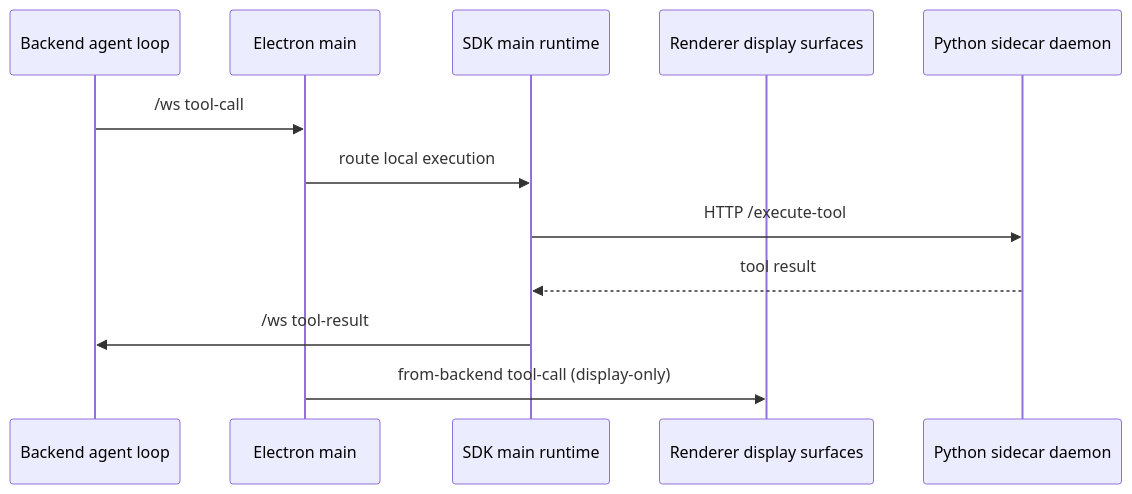
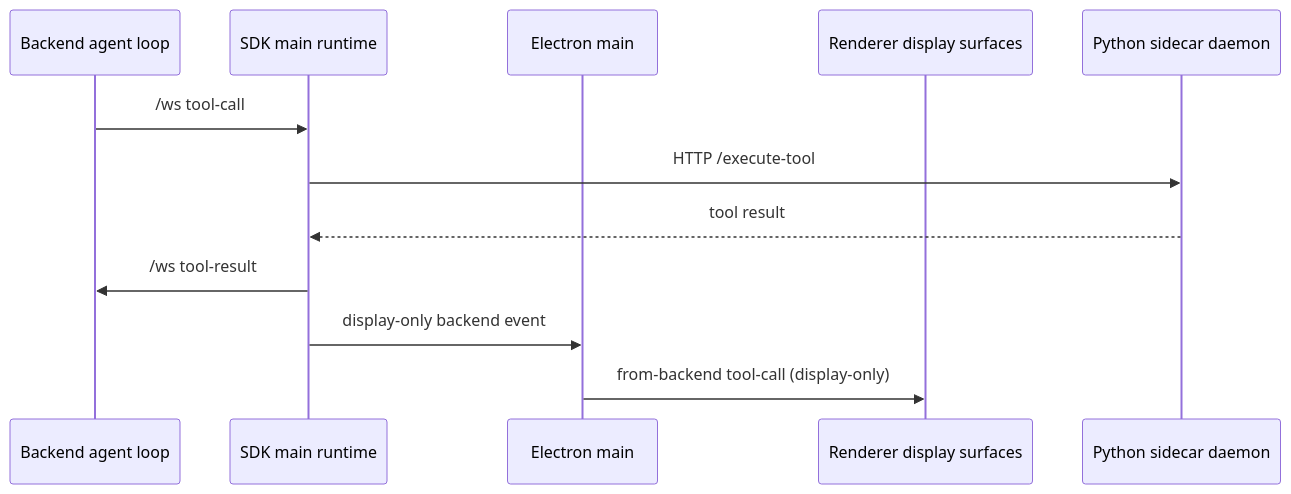
Before and after one commit to buiilding/My_Own_OpenClaw: the diagram in docs/channels/sidecar_and_tool_channels.md, drawn with Mermaid. The commit also changed other lines of this file and 5 other files, not shown here.

Commit message:
refactor(sdk): own backend tool event routing

````diff
--- a/docs/channels/sidecar_and_tool_channels.md
+++ b/docs/channels/sidecar_and_tool_channels.md
@@ -15,15 +15,15 @@
 ```mermaid
 sequenceDiagram
     participant Backend as Backend agent loop
+    participant SDK as SDK main runtime
     participant Main as Electron main
-    participant SDK as SDK main runtime
     participant Renderer as Renderer display surfaces
     participant Sidecar as Python sidecar daemon
 
-    Backend->>Main: /ws tool-call
-    Main->>SDK: route local execution
+    Backend->>SDK: /ws tool-call
     SDK->>Sidecar: HTTP /execute-tool
     Sidecar-->>SDK: tool result
     SDK->>Backend: /ws tool-result
+    SDK->>Main: display-only backend event
     Main->>Renderer: from-backend tool-call (display-only)
 ```
````
